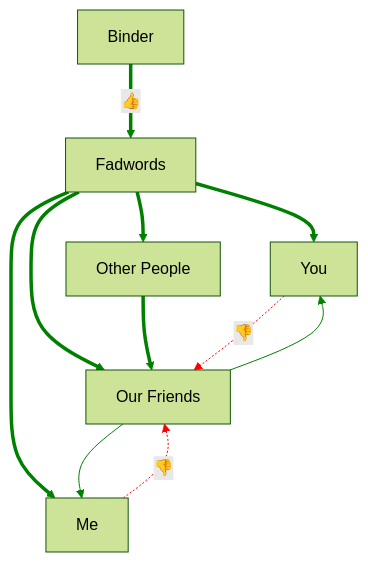
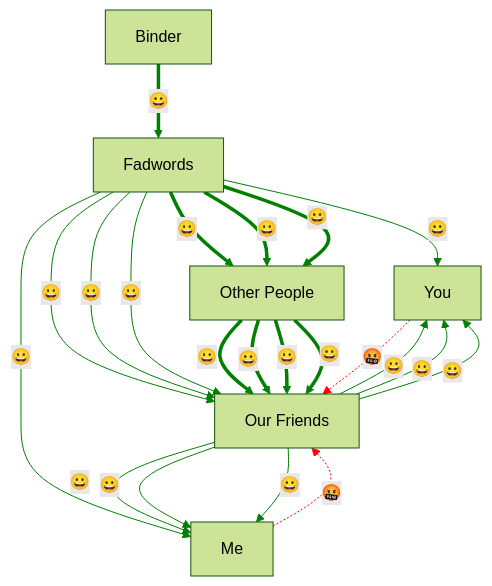
The fifth of 5 diagrams in home/gaz/Documents/wip/dating/index.md (bitplane/bitplane.net), drawn with Mermaid (forest theme) before and after one commit. The commit also changed 2 other files, not shown here.

Commit message:
minor updates

````diff
--- a/home/gaz/Documents/wip/dating/index.md
+++ b/home/gaz/Documents/wip/dating/index.md
@@ -220,15 +220,27 @@
 ```mermaid
 graph TD;
-    Binder == "👍" ==> Fadwords;     linkStyle 0 stroke:green
-    Fadwords ==> You;                linkStyle 1 stroke:green
-    Fadwords ==> Me;                 linkStyle 2 stroke:green
-    Fadwords ==> Us[Our Friends];    linkStyle 3 stroke:green
-    Fadwords ==> Them[Other People]; linkStyle 4 stroke:green
+    Binder == "😀" ==> Fadwords;             linkStyle 0 stroke:green
+    Fadwords -- "😀" --> You;                linkStyle 1 stroke:green
+    Fadwords -- "😀" --> Me;                 linkStyle 2 stroke:green
+    Fadwords -- "😀" --> Us[Our Friends];    linkStyle 3 stroke:green
+    Fadwords -- "😀" --> Us[Our Friends];    linkStyle 4 stroke:green
+    Fadwords -- "😀" --> Us[Our Friends];    linkStyle 5 stroke:green
+    Fadwords == "😀" ==> Them[Other People]; linkStyle 6 stroke:green
+    Fadwords == "😀" ==> Them[Other People]; linkStyle 7 stroke:green
+    Fadwords == "😀" ==> Them[Other People]; linkStyle 8 stroke:green
 
-    Us --> You;                      linkStyle 5 stroke:green
-    Us --> Me;                       linkStyle 6 stroke:green
-    Them ==> Us;                     linkStyle 7 stroke:green
+    Us -- "😀" --> You;                      linkStyle 9 stroke:green
+    Us -- "😀" --> Me;                       linkStyle 10 stroke:green
+    Them == "😀" ==> Us;                     linkStyle 11 stroke:green
+    Them == "😀" ==> Us;                     linkStyle 12 stroke:green
+    Them == "😀" ==> Us;                     linkStyle 13 stroke:green
+    Them == "😀" ==> Us;                     linkStyle 14 stroke:green
 
-    You -. "👎" .-> Us;              linkStyle 8 stroke:red
-    Me -. "👎" .-> Us;               linkStyle 9 stroke:red
+    You -. "🤬" .-> Us;                      linkStyle 15 stroke:red
+    Me  -. "🤬" .-> Us;                      linkStyle 16 stroke:red
+
+    Us -- "😀" --> You;                      linkStyle 17 stroke:green
+    Us -- "😀" --> You;                      linkStyle 18 stroke:green
+    Us -- "😀" --> Me;                       linkStyle 19 stroke:green
+    Us -- "😀" --> Me;                       linkStyle 20 stroke:green
 ```
````
